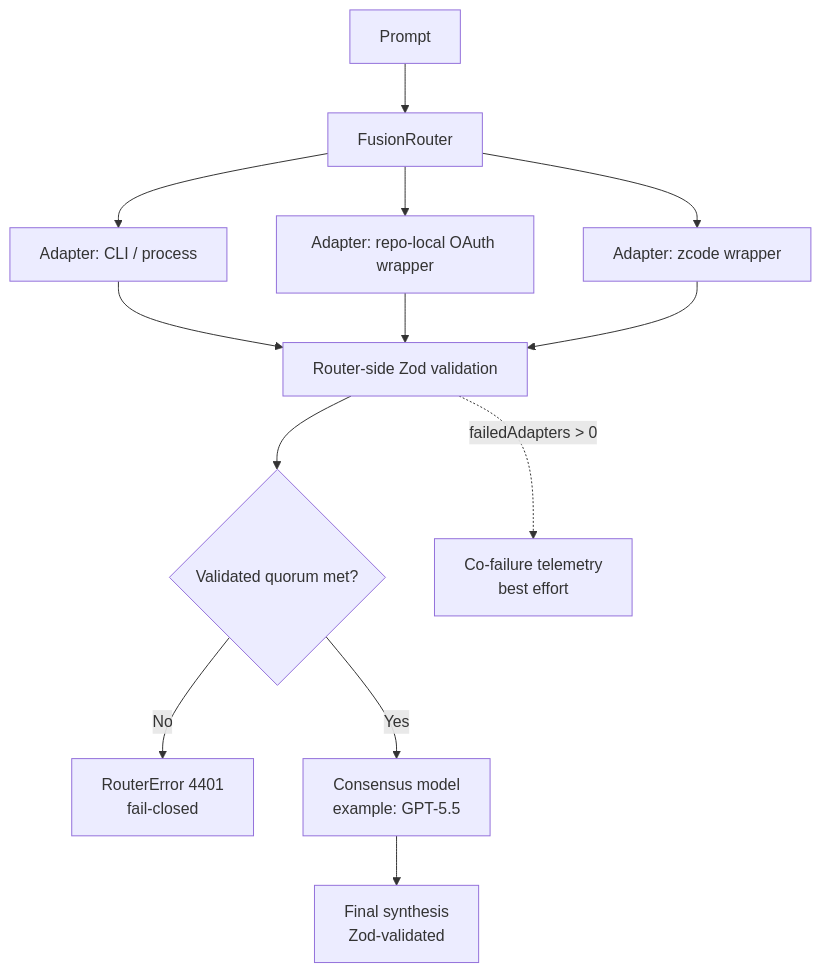
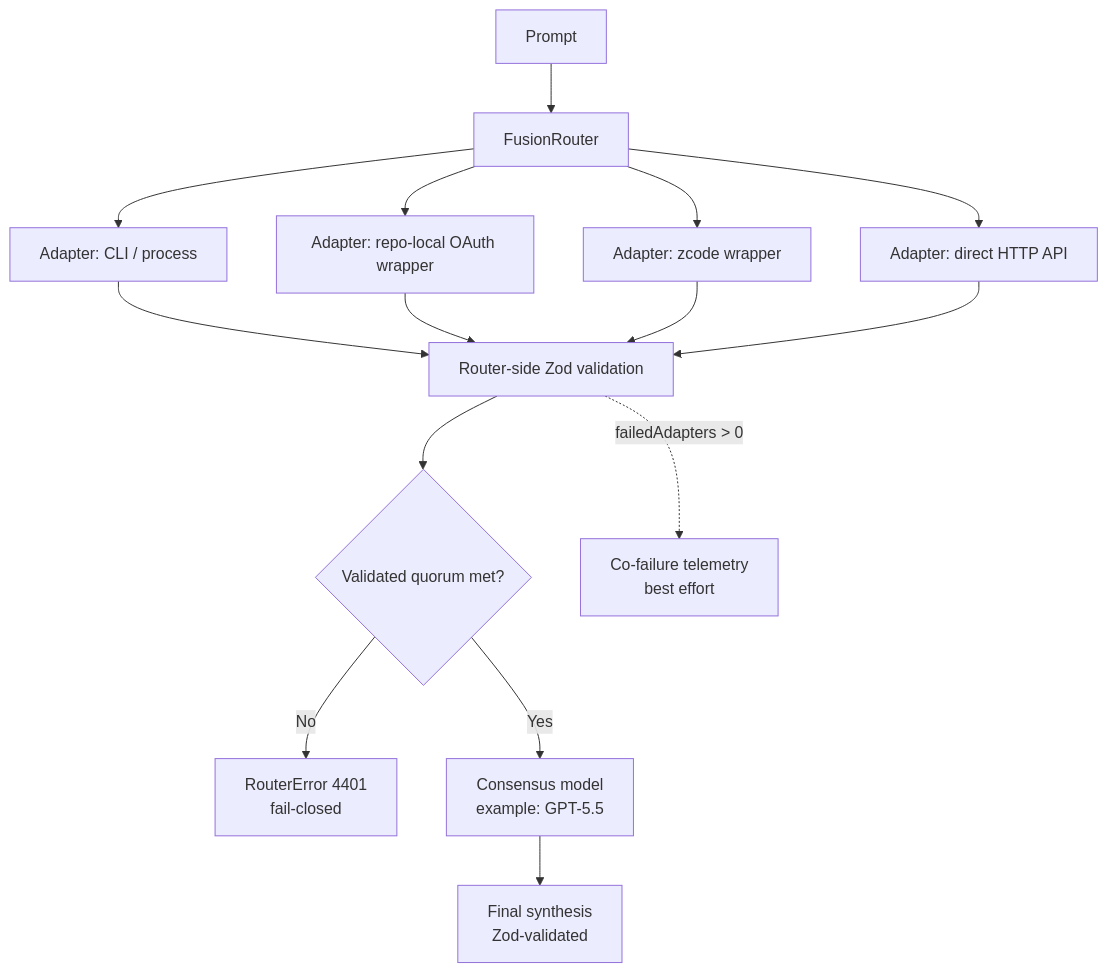
The diagram in README.md (sakamoto-sann/quorum-router), drawn with Mermaid before and after one commit. The commit also changed other lines of this file and 2 other files, not shown here.

Commit message:
Add direct HTTP provider adapters

````diff
--- a/README.md
+++ b/README.md
@@ -28,19 +28,21 @@
 ```mermaid
 flowchart TD
     U[Prompt] --> R[FusionRouter]
 
     R --> A1[Adapter: CLI / process]
     R --> A2[Adapter: repo-local OAuth wrapper]
     R --> A3[Adapter: zcode wrapper]
+    R --> A4[Adapter: direct HTTP API]
 
     A1 --> V[Router-side Zod validation]
     A2 --> V
     A3 --> V
+    A4 --> V
 
     V --> Q{Validated quorum met?}
     Q -- No --> E[RouterError 4401<br/>fail-closed]
     Q -- Yes --> S[Consensus model<br/>example: GPT-5.5]
     V -. failedAdapters > 0 .-> T[Co-failure telemetry<br/>best effort]
 
     S --> F[Final synthesis<br/>Zod-validated]
 ```
````
